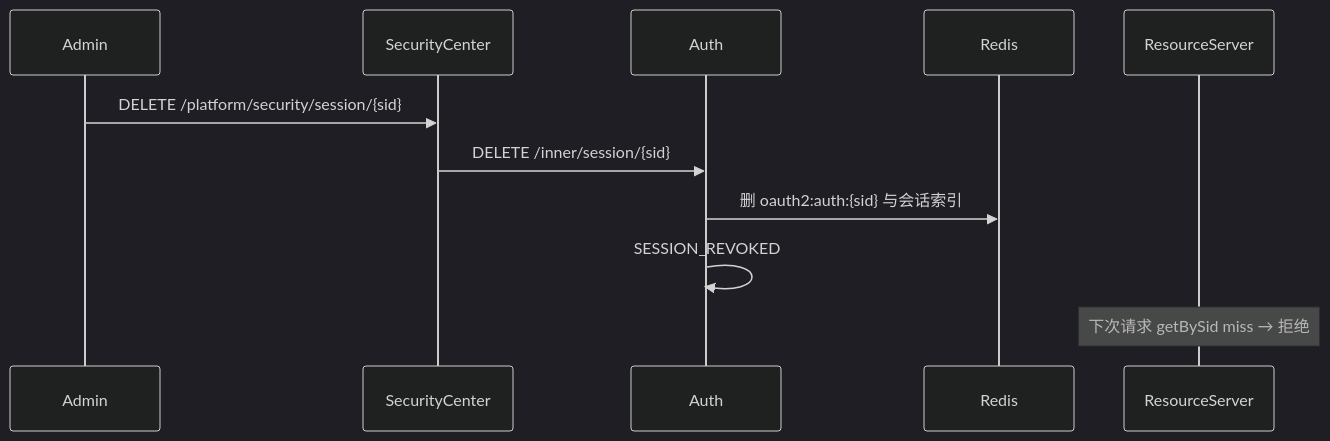
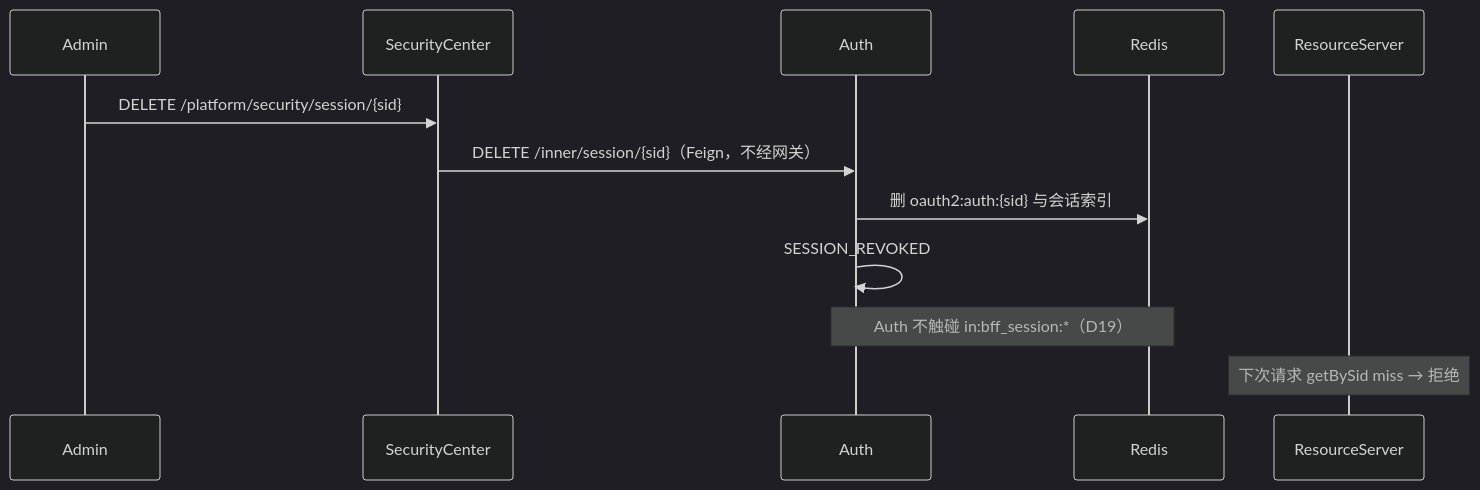
Before and after one commit to ingot-cloud/ingot: the third of 3 diagrams in specs/changes/active/20260817-security-session-safety/DESIGN.md, drawn with Mermaid (dark theme). The commit also changed other lines of this file and 7 other files, not shown here.

````diff
--- a/specs/changes/active/20260817-security-session-safety/DESIGN.md
+++ b/specs/changes/active/20260817-security-session-safety/DESIGN.md
@@ -316,13 +380,14 @@
 ```mermaid
 sequenceDiagram
   participant Adm as Admin
   participant C as SecurityCenter
   participant A as Auth
   participant R as Redis
   participant RS as ResourceServer
   Adm->>C: DELETE /platform/security/session/{sid}
-  C->>A: DELETE /inner/session/{sid}
+  C->>A: DELETE /inner/session/{sid}（Feign，不经网关）
   A->>R: 删 oauth2:auth:{sid} 与会话索引
   A->>A: SESSION_REVOKED
+  Note over A,R: Auth 不触碰 in:bff_session:*（D19）
   Note over RS: 下次请求 getBySid miss → 拒绝
 ```
````
